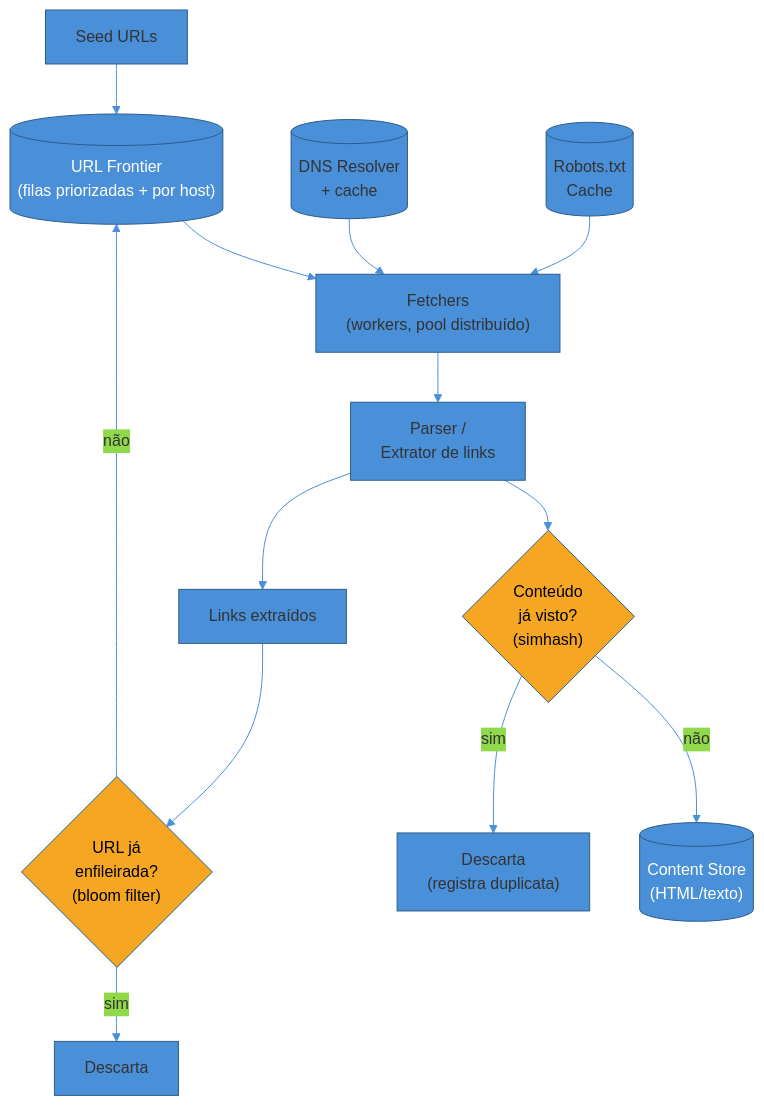
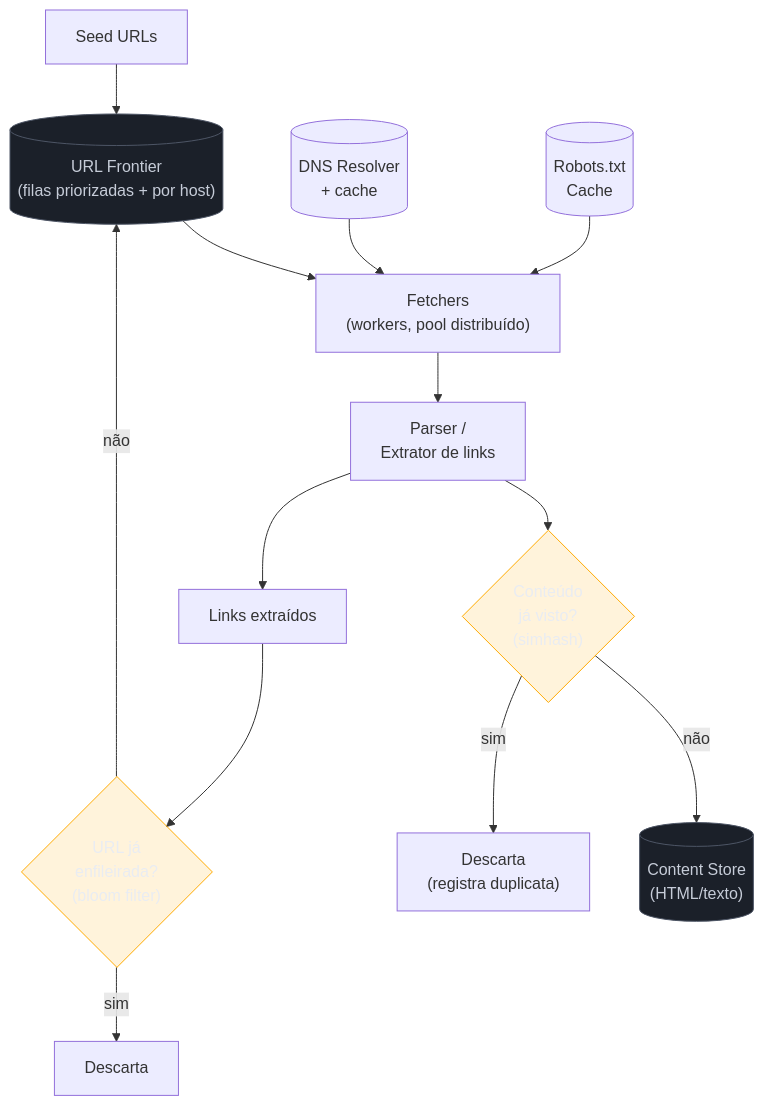
Before and after one commit to josenaldo/codex-technomanticus: the first of 3 diagrams in 03-Dominios/Engenharia/Arquitetura/System Design/4 - Walkthroughs/07 - Web Crawler.md, drawn with Mermaid. The commit also changed other lines of this file and 1181 other files, not shown here.

First line of the commit message:
fix(diagramas): paleta do sistema no lugar de cor cravada no markdown

````diff
--- a/03-Dominios/Engenharia/Arquitetura/System Design/4 - Walkthroughs/07 - Web Crawler.md
+++ b/03-Dominios/Engenharia/Arquitetura/System Design/4 - Walkthroughs/07 - Web Crawler.md
@@ -146,24 +146,25 @@
 ```mermaid
-%%{init: {"theme": "base", "themeVariables": {"primaryColor": "#4A90D9", "primaryBorderColor": "#2E5C8A", "lineColor": "#4A90D9"}}}%%
 graph TD
+    classDef neutro fill:#1B2029,stroke:#4E5666,color:#C6CCD8
+    classDef destaque fill:#FFAA0024,stroke:#FFAA00,color:#E9ECF2
     Seeds["Seed URLs"] --> Frontier[("URL Frontier<br/>(filas priorizadas + por host)")]
     Frontier --> Fetchers["Fetchers<br/>(workers, pool distribuído)"]
 
     DNS[("DNS Resolver<br/>+ cache")] --> Fetchers
     RobotsCache[("Robots.txt<br/>Cache")] --> Fetchers
 
     Fetchers --> Parser["Parser /<br/>Extrator de links"]
     Parser --> ContentSeen{"Conteúdo<br/>já visto?<br/>(simhash)"}
     ContentSeen -->|"não"| ContentStore[("Content Store<br/>(HTML/texto)")]
     ContentSeen -->|"sim"| Discard["Descarta<br/>(registra duplicata)"]
 
     Parser --> LinkExtract["Links extraídos"]
     LinkExtract --> UrlFilter{"URL já<br/>enfileirada?<br/>(bloom filter)"}
     UrlFilter -->|"não"| Frontier
     UrlFilter -->|"sim"| Drop["Descarta"]
 
-    style Frontier fill:#4A90D9,color:#fff
-    style ContentStore fill:#4A90D9,color:#fff
-    style ContentSeen fill:#F5A623,color:#000
-    style UrlFilter fill:#F5A623,color:#000
+    class Frontier neutro
+    class ContentStore neutro
+    class ContentSeen destaque
+    class UrlFilter destaque
 ```
````
